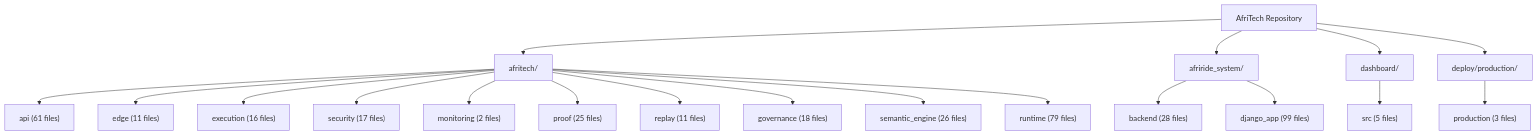
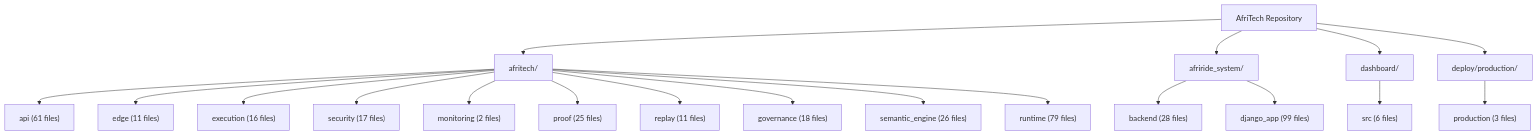
Before and after one commit to Strelly2023/afritelematics: the second of 2 diagrams in docs/architecture/AFRITECH_FULL_ARCHITECTURE_GRAPH.md, drawn with Mermaid. The commit also changed other lines of this file and 15 other files, not shown here.

````diff
--- a/docs/architecture/AFRITECH_FULL_ARCHITECTURE_GRAPH.md
+++ b/docs/architecture/AFRITECH_FULL_ARCHITECTURE_GRAPH.md
@@ -64,23 +64,23 @@
 ```mermaid
 flowchart TD
     Root["AfriTech Repository"] --> Core["afritech/"]
     Root --> Ride["afriride_system/"]
     Root --> Ui["dashboard/"]
     Root --> Deploy["deploy/production/"]
 
     Core --> Api["api (61 files)"]
     Core --> Edge["edge (11 files)"]
     Core --> Execution["execution (16 files)"]
     Core --> Security["security (17 files)"]
     Core --> Monitoring["monitoring (2 files)"]
     Core --> Proof["proof (25 files)"]
     Core --> Replay["replay (11 files)"]
     Core --> Governance["governance (18 files)"]
     Core --> Semantic["semantic_engine (26 files)"]
     Core --> Runtime["runtime (79 files)"]
 
     Ride --> Backend["backend (28 files)"]
     Ride --> Django["django_app (99 files)"]
-    Ui --> Dashboard["src (5 files)"]
+    Ui --> Dashboard["src (6 files)"]
     Deploy --> Production["production (3 files)"]
 ```
````
